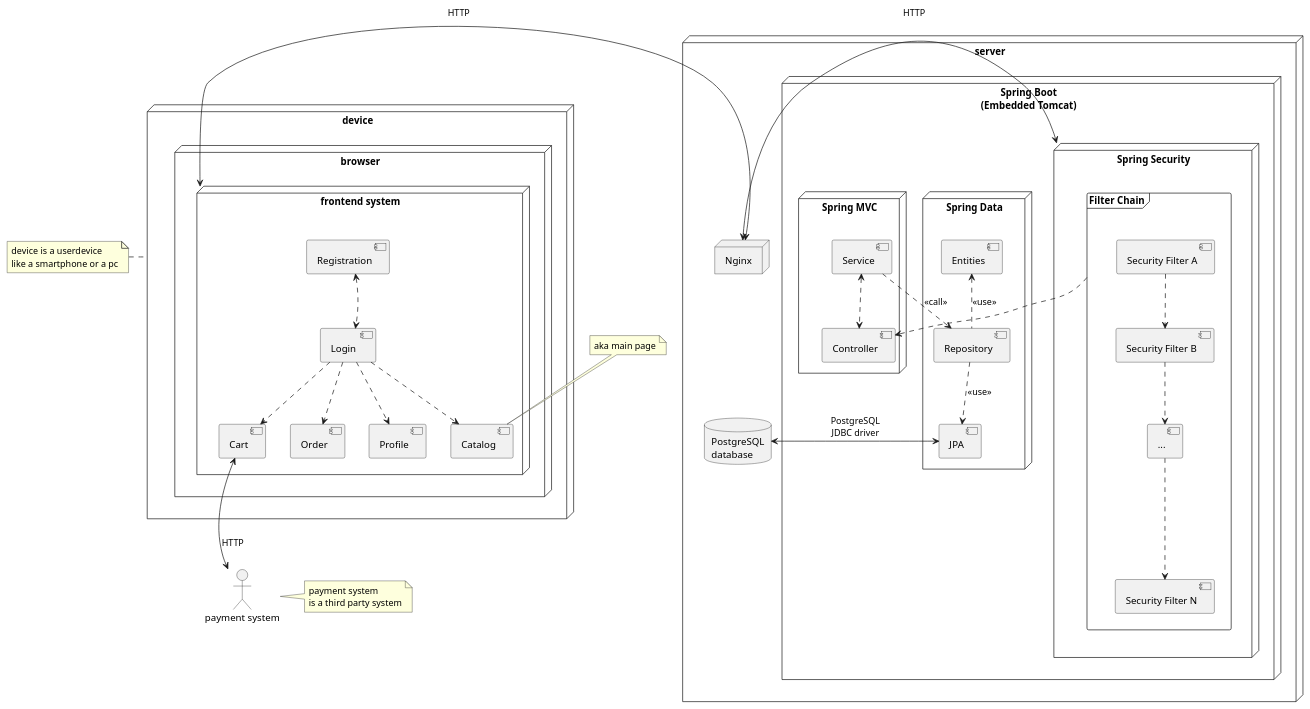
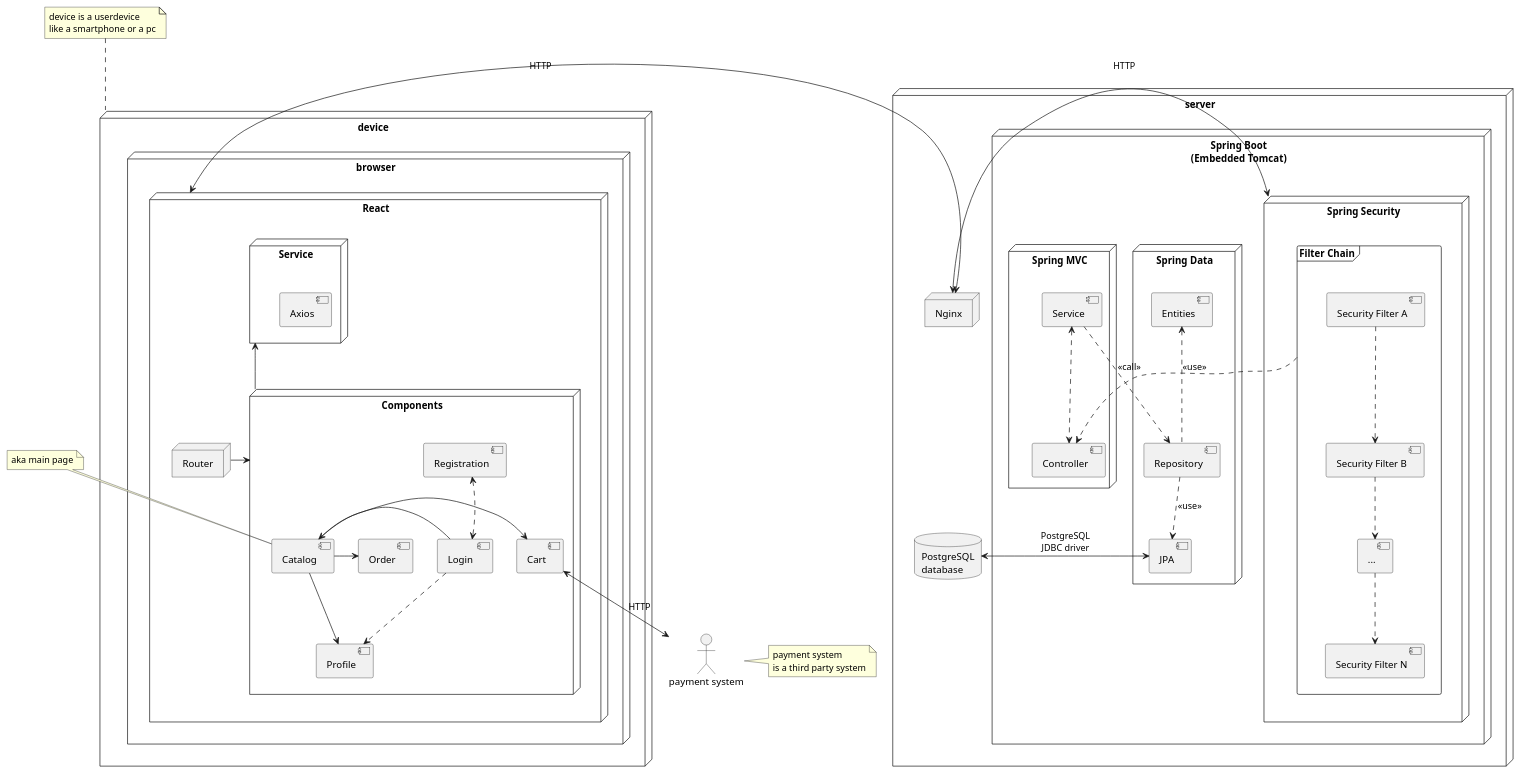
The diagram in Lab1/component.puml (AaLexUser/software-systems-architecture), drawn with PlantUML before and after one commit. The commit also changed 3 other files, not shown here.

Commit message:
update component diagram

```diff
--- a/Lab1/component.puml
+++ b/Lab1/component.puml
@@ -1,83 +1,95 @@
 @startuml component_diagram
 node "device" as device {
     node browser{
-        node "frontend system" as frontend{
-            component "Catalog" as catalog
-            component "Cart" as cart
-            component "Order" as order
-            component "Profile" as profile
-            component "Registration" as registration
-            component "Login " as login
+        node "React" as frontend{
+
+            node "Components" as components{
+                component "Catalog" as catalog
+                component "Cart" as cart
+                component "Order" as order
+                component "Profile" as profile
+                component "Registration" as registration
+                component "Login " as login
+            }
+            node "Router" as router
+            node "Service" as services{
+                component "Axios" as axios
+            }
+            components -up-> services
+            router -right-> components
+
+
         }
     }
 }
 registration -[hidden]down-> login
 registration <..>  login 
 login ..> profile
-login ..> cart
-login ..> order
-login ..> catalog
-note left of device
+catalog -> cart
+catalog -> order
+catalog ->profile
+login -> catalog
+note top of device
     device is a userdevice 
     like a smartphone or a pc
 end note
 
 note top of catalog
     aka main page
 end note
 
 "payment system" as payment
 frontend -[hidden]right-> server
 cart <-> payment : HTTP
 cart -[hidden]down-> payment 
 
 note right of payment
     payment system
     is a third party system
 end note
 
 
 node "Server" as server {
     node "Nginx" as nginx
       
 
     node "Spring Boot\n(Embedded Tomcat)" as boot{
         node "Spring Data" as data{
             component "Repository" as repository
             component "Entities" as entities
             component "JPA" as jpa
             entities <.. repository : <<use>>
             repository ..> jpa : <<use>>
         }
         node "Spring Security" as security{
             frame "Filter Chain" as filter{
                 component "Security Filter A" as filter_a
                 component "Security Filter B" as filter_b
                 component "..." as filter_c
                 component "Security Filter N" as filter_n
                 filter_a .down.> filter_b
                 filter_b .down.> filter_c
                 filter_c .down.> filter_n
                 
 
             }
 
         }
         node "Spring MVC" as mvc{
             component "Controller" as controller
             component "Service" as service
             service ..> repository : <<call>>
         }
 
     }
     
     database "PostgreSQL\ndatabase" as database{
 
     }
 }
 frontend <-> nginx : HTTP
 nginx <-> security : HTTP
 jpa <->  database : PostgreSQL\nJDBC driver
 service <..>controller
 filter ..> controller 
 @enduml
```
